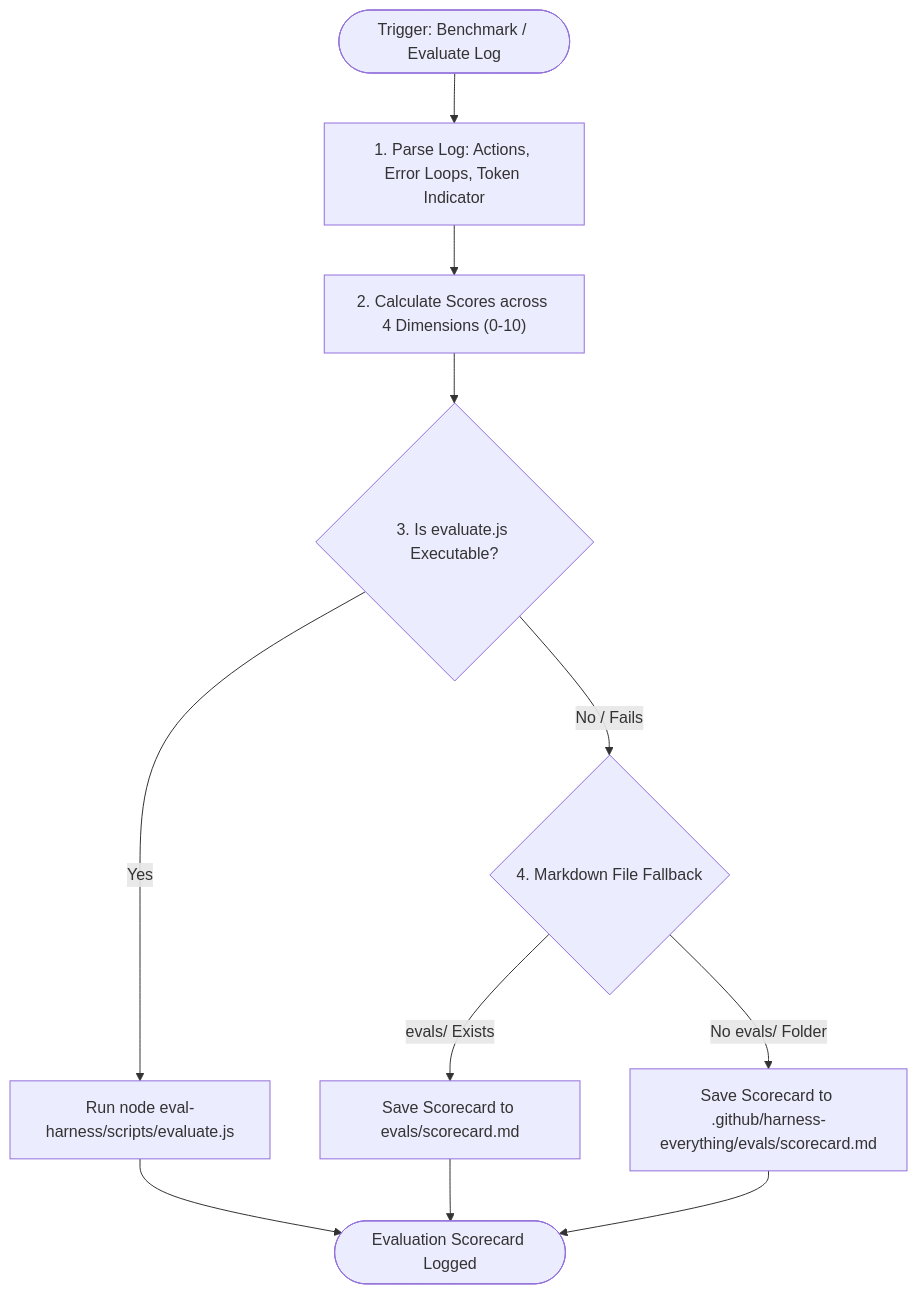
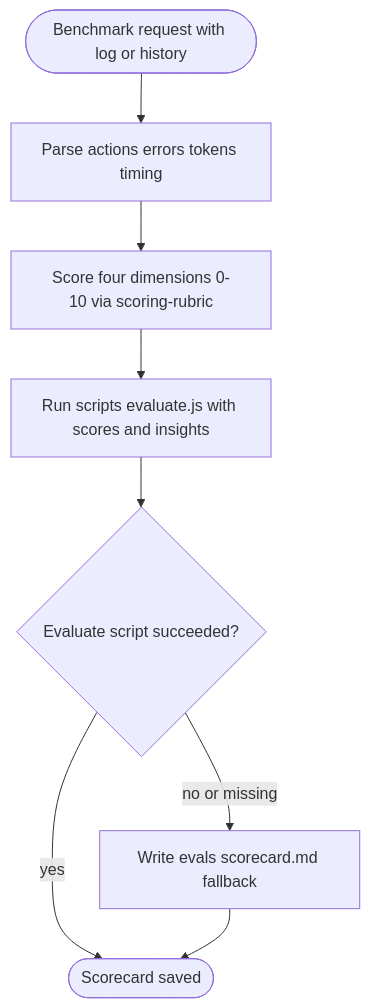
The first of 4 diagrams in docs/workflows/eval-harness.md (dyphn1/Harness-everything), drawn with Mermaid before and after one commit. The commit also changed other lines of this file and 16 other files, not shown here.

````diff
--- a/docs/workflows/eval-harness.md
+++ b/docs/workflows/eval-harness.md
@@ -11,16 +9,10 @@
 ```mermaid
 graph TD
-  Start([Trigger: Benchmark / Evaluate Log]) --> ParseLog["1. Parse Log: Actions, Error Loops, Token Indicator"]
-  ParseLog --> CalcRubric["2. Calculate Scores across 4 Dimensions (0-10)"]
-  CalcRubric --> CheckScript{3. Is evaluate.js Executable?}
-  
-  CheckScript -->|Yes| RunScript["Run node eval-harness/scripts/evaluate.js"]
-  CheckScript -->|No / Fails| FileFallback{"4. Markdown File Fallback"}
-  
-  FileFallback -->|evals/ Exists| WriteEvals["Save Scorecard to evals/scorecard.md"]
-  FileFallback -->|No evals/ Folder| WritePlatform["Save Scorecard to .github/harness-everything/evals/scorecard.md"]
-  
-  RunScript --> End([Evaluation Scorecard Logged])
-  WriteEvals --> End
-  WritePlatform --> End
+  BenchReq([Benchmark request with log or history]) --> ParseLog[Parse actions errors tokens timing]
+  ParseLog --> ScoreDims[Score four dimensions 0-10 via scoring-rubric]
+  ScoreDims --> RunEval[Run scripts evaluate.js with scores and insights]
+  RunEval --> EvalOk{Evaluate script succeeded?}
+  EvalOk -->|yes| SavedCard([Scorecard saved])
+  EvalOk -->|no or missing| MdFallback[Write evals scorecard.md fallback]
+  MdFallback --> SavedCard
 ```
````
